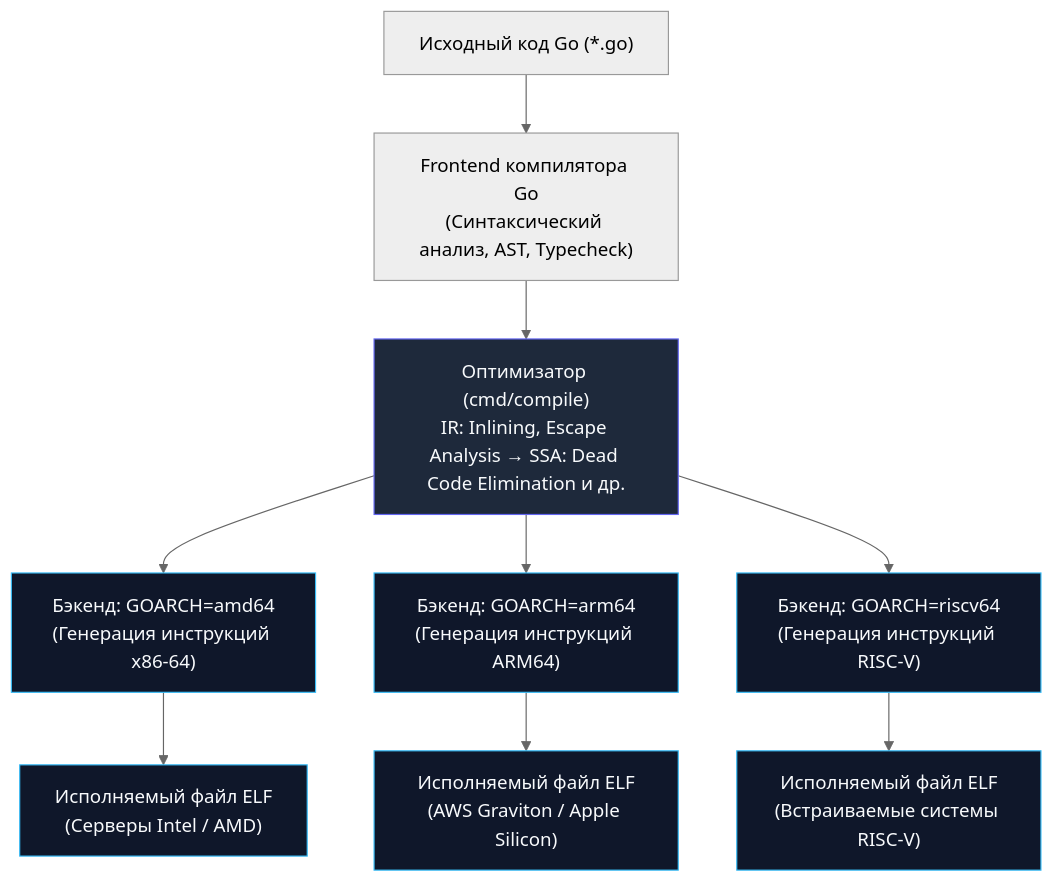
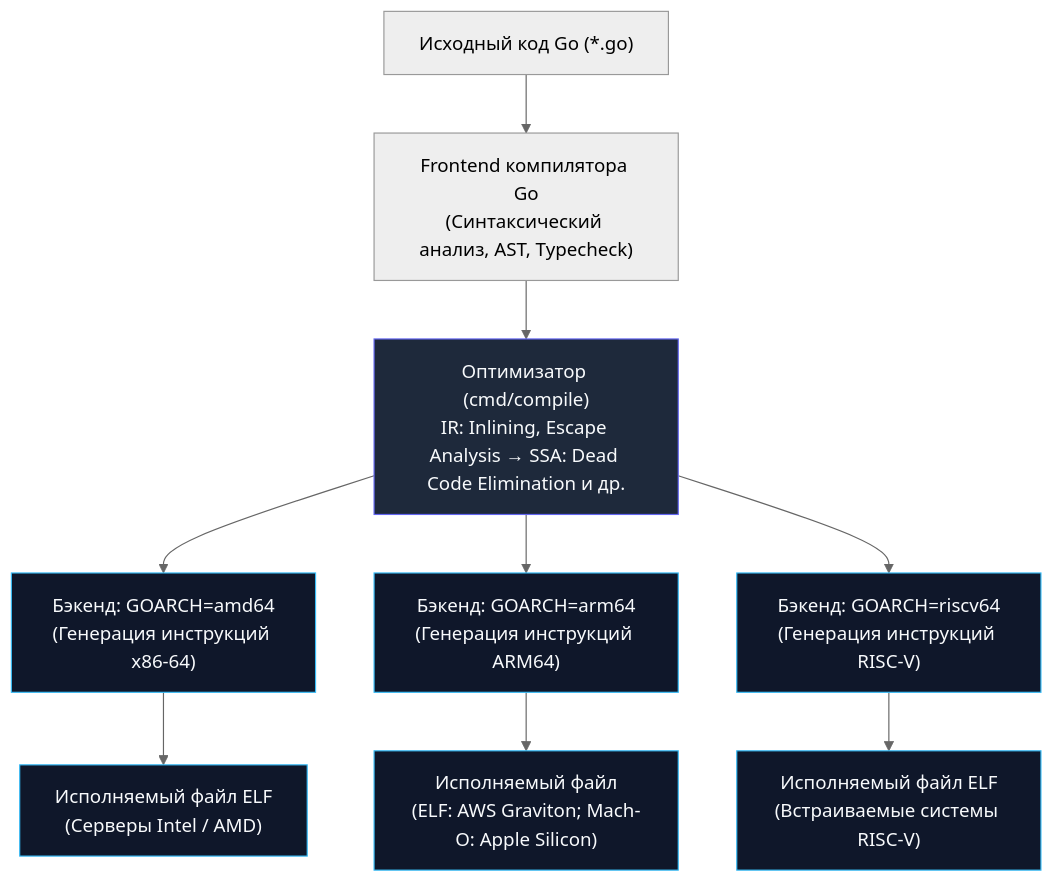
Before and after one commit to UnrealTemplier/go-textbook-ru: the third of 3 diagrams in sources/1. Архитектура компьютера/8. ISA. Интерфейс между железом и софтом.md, drawn with Mermaid (neutral theme). The commit also changed other lines of this file and 77 other files, not shown here.

````diff
--- a/sources/1. Архитектура компьютера/8. ISA. Интерфейс между железом и софтом.md
+++ b/sources/1. Архитектура компьютера/8. ISA. Интерфейс между железом и софтом.md
@@ -126,18 +126,18 @@
 ```mermaid
 flowchart TD
     GoSource["Исходный код Go (*.go)"] --> Front["Frontend компилятора Go<br>(Синтаксический анализ, AST, Typecheck)"]
     Front --> SSA["Оптимизатор (cmd/compile)<br>IR: Inlining, Escape Analysis → SSA: Dead Code Elimination и др."]
     
     SSA --> BackendAMD["Бэкенд: GOARCH=amd64<br>(Генерация инструкций x86-64)"]
     SSA --> BackendARM["Бэкенд: GOARCH=arm64<br>(Генерация инструкций ARM64)"]
     SSA --> BackendRISC["Бэкенд: GOARCH=riscv64<br>(Генерация инструкций RISC-V)"]
 
     BackendAMD --> ELF_AMD["Исполняемый файл ELF<br>(Серверы Intel / AMD)"]
-    BackendARM --> ELF_ARM["Исполняемый файл ELF<br>(AWS Graviton / Apple Silicon)"]
+    BackendARM --> ELF_ARM["Исполняемый файл<br>(ELF: AWS Graviton; Mach-O: Apple Silicon)"]
     BackendRISC --> ELF_RISC["Исполняемый файл ELF<br>(Встраиваемые системы RISC-V)"]
 
     classDef ssa fill:#1e293b,stroke:#6366f1,stroke-width:1px,color:#f8fafc;
     classDef arch fill:#0f172a,stroke:#38bdf8,stroke-width:1px,color:#f8fafc;
     class SSA ssa;
     class BackendAMD,BackendARM,BackendRISC,ELF_AMD,ELF_ARM,ELF_RISC arch;
 ```
````
